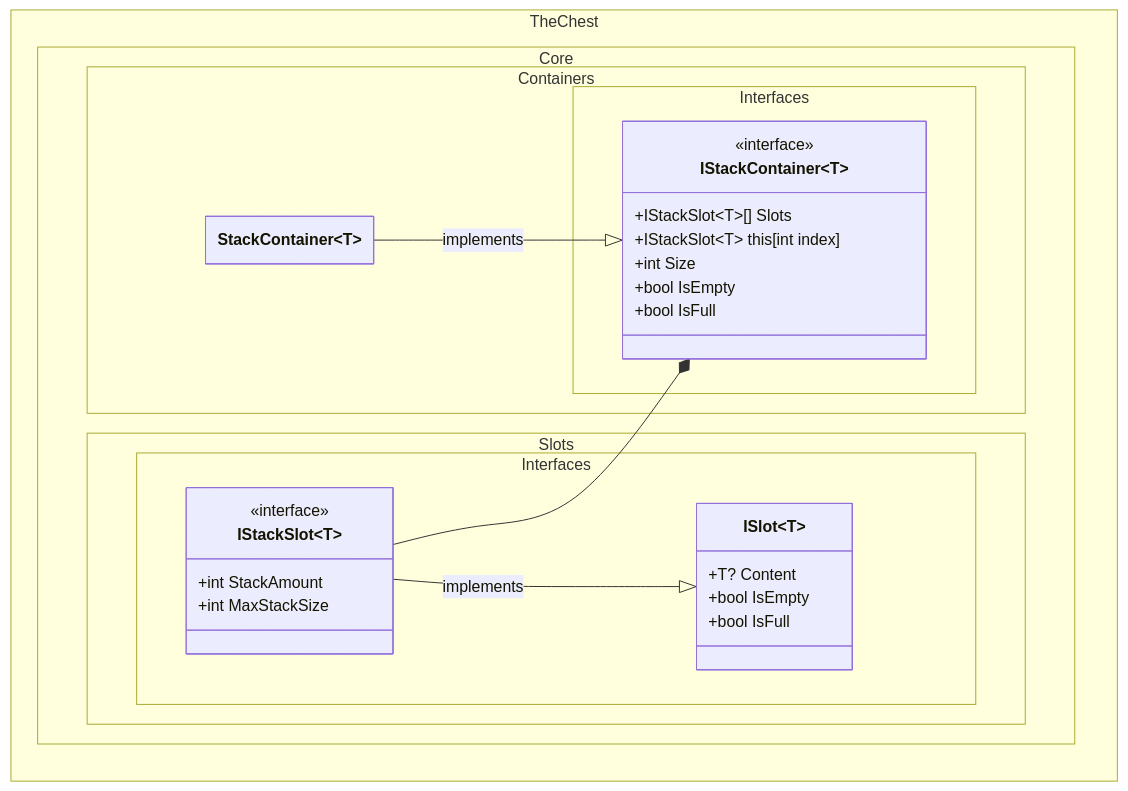
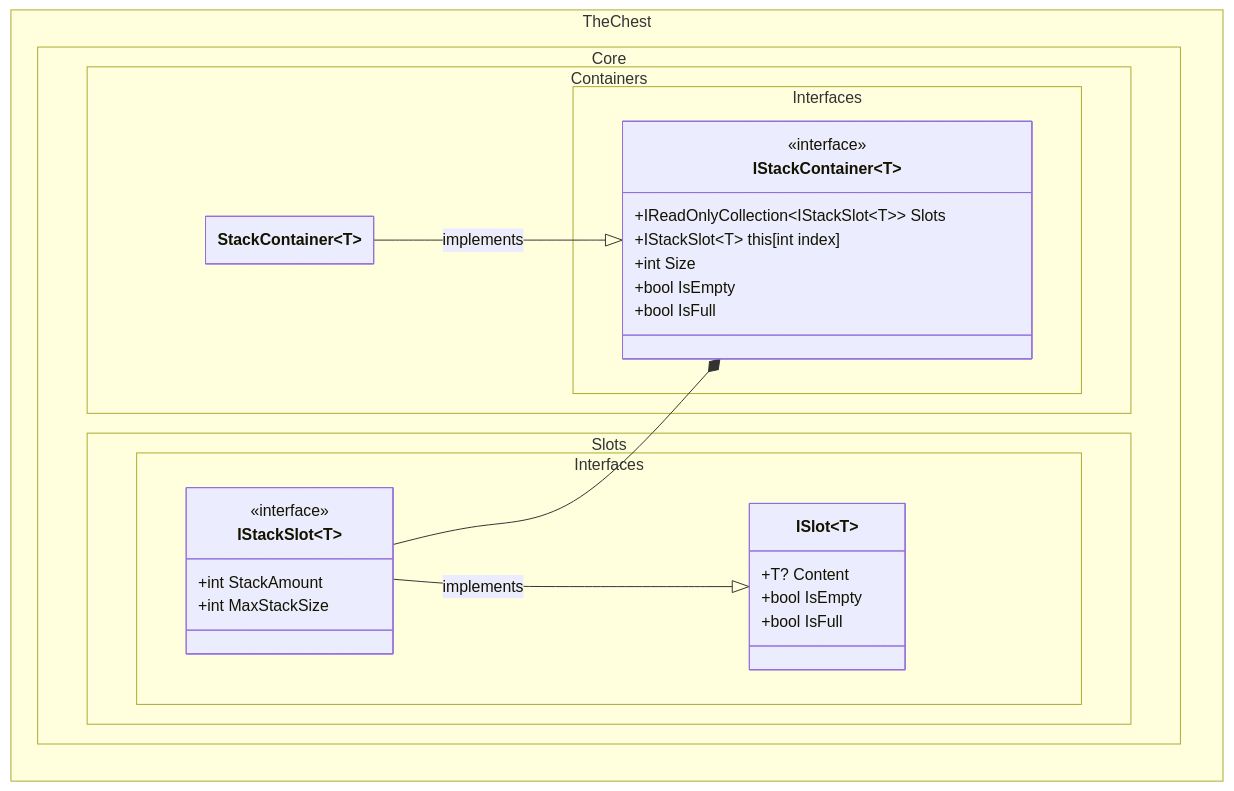
One commit to The-Chest/TheChest.Core changed the second of 2 diagrams in docs/class_diagram.md. Above: the diagram before and after it, drawn with Mermaid. The commit also changed other lines of this file and 1 other file, not shown here.

Commit message:
Changes class_diagram docs

````diff
--- a/docs/class_diagram.md
+++ b/docs/class_diagram.md
@@ -55,42 +55,42 @@
 ```mermaid
 ---
 config:
   theme: mc
   look: classic
   class:
     hideEmptyMembersBox: true
 ---
 classDiagram
 direction BT
 	namespace TheChest.Core.Containers.Interfaces {
 		class IStackContainer~T~ {
-	        +IStackSlot~T~[] Slots
+	        +IReadOnlyCollection~IStackSlot~T~~ Slots
 	        +IStackSlot~T~ this[int index]
 	        +int Size
 	        +bool IsEmpty
 	        +bool IsFull
         }
 	}
 	namespace TheChest.Core.Slots.Interfaces {
         class ISlot~T~ {
 	        +T? Content
 	        +bool IsEmpty
 	        +bool IsFull
         }
         class IStackSlot~T~ {
             +int StackAmount
             +int MaxStackSize
         }
 	}
 	namespace TheChest.Core.Containers {
 		class StackContainer~T~ {
         }
 	}
 
 	<<interface>> IStackContainer
     <<interface>> IStackSlot
 
     StackContainer --|> IStackContainer : implements
     IStackSlot --|> ISlot : implements
     IStackSlot --* IStackContainer
 ```
````
